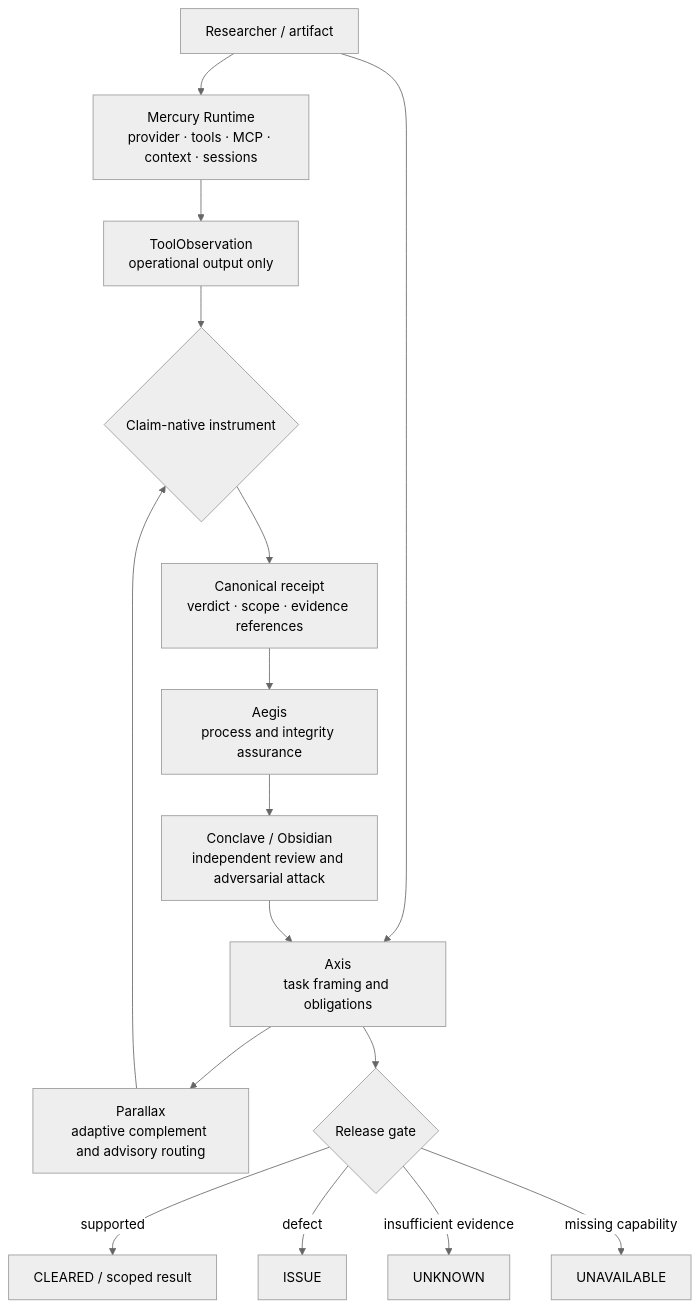
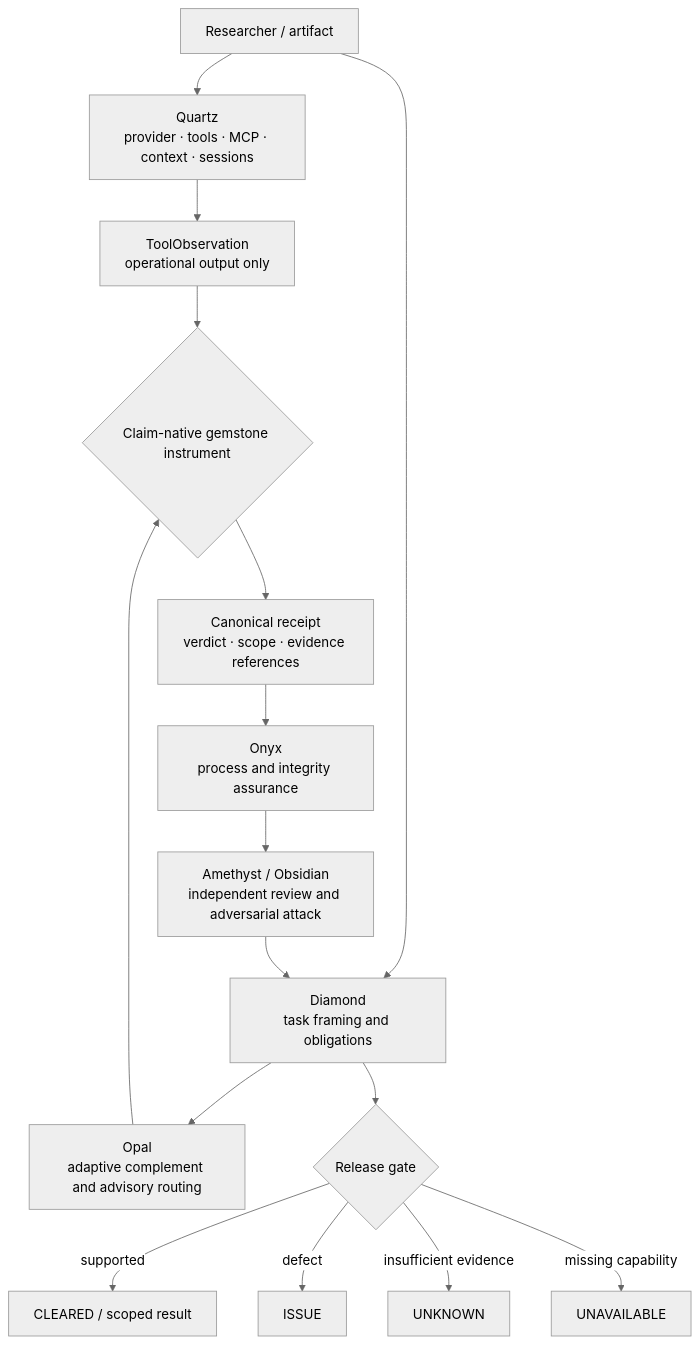
The diagram in README.md (Kitahl/The-Gauntlet), drawn with Mermaid (neutral theme) before and after one commit. The commit also changed other lines of this file, not shown here.

Commit message:
brand: present Lattice Prism gemstone system

````diff
--- a/README.md
+++ b/README.md
@@ -50,18 +51,18 @@
 ```mermaid
 flowchart TD
-    U[Researcher / artifact] --> M[Mercury Runtime\nprovider · tools · MCP · context · sessions]
-    M --> O[ToolObservation\noperational output only]
-    U --> X[Axis\ntask framing and obligations]
-    X --> P[Parallax\nadaptive complement and advisory routing]
-    P --> I{Claim-native instrument}
+    U[Researcher / artifact] --> Q[Quartz\nprovider · tools · MCP · context · sessions]
+    Q --> O[ToolObservation\noperational output only]
+    U --> D[Diamond\ntask framing and obligations]
+    D --> P[Opal\nadaptive complement and advisory routing]
+    P --> I{Claim-native gemstone instrument}
     O --> I
     I --> R[Canonical receipt\nverdict · scope · evidence references]
-    R --> A[Aegis\nprocess and integrity assurance]
-    A --> C[Conclave / Obsidian\nindependent review and adversarial attack]
-    C --> X
-    X --> G{Release gate}
+    R --> N[Onyx\nprocess and integrity assurance]
+    N --> A[Amethyst / Obsidian\nindependent review and adversarial attack]
+    A --> D
+    D --> G{Release gate}
     G -->|supported| S[CLEARED / scoped result]
     G -->|defect| E[ISSUE]
-    G -->|insufficient evidence| Q[UNKNOWN]
-    G -->|missing capability| N[UNAVAILABLE]
+    G -->|insufficient evidence| X[UNKNOWN]
+    G -->|missing capability| V[UNAVAILABLE]
 ```
````
